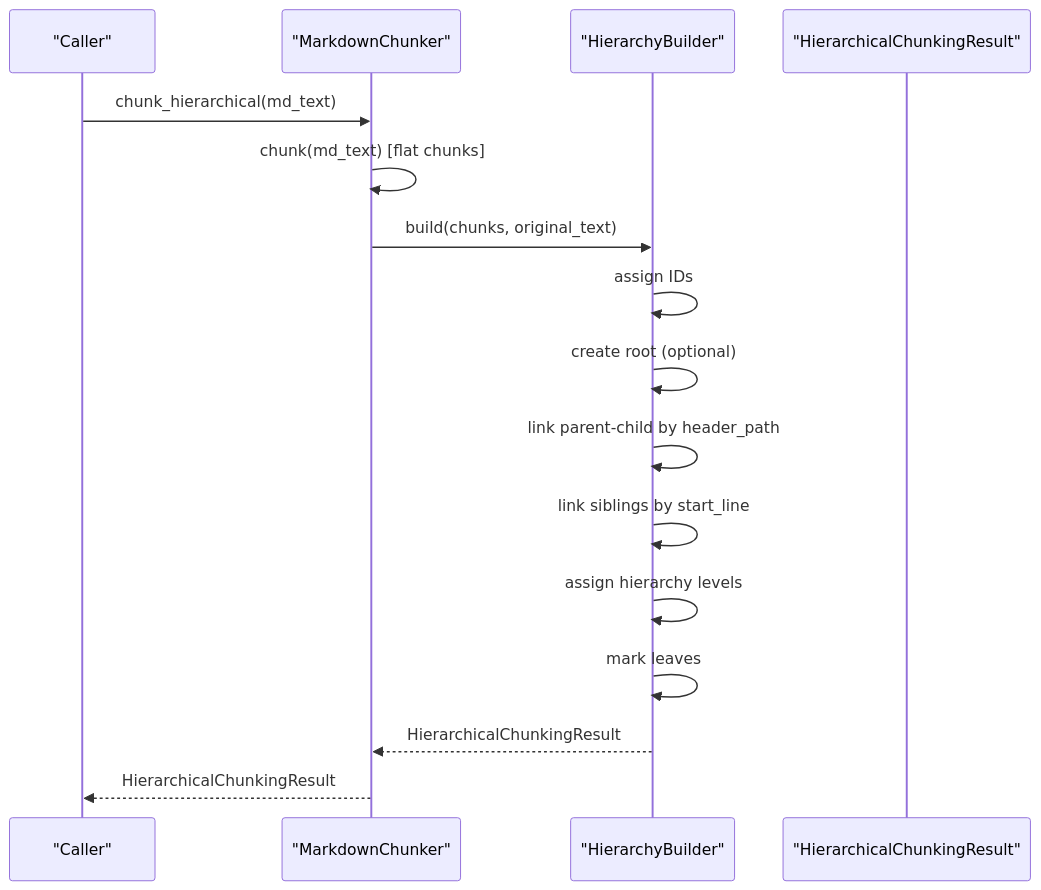
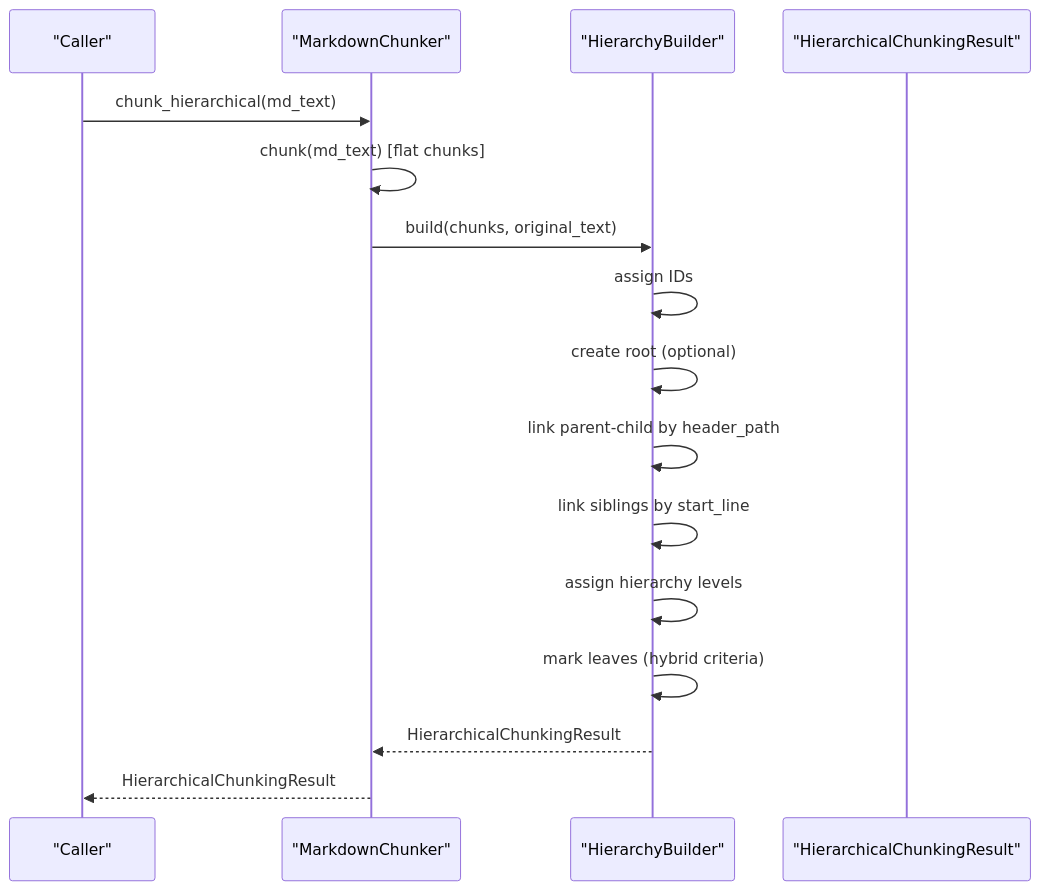
The second of 3 diagrams in .qoder/repowiki/en/content/Advanced Features/Hierarchical Chunking.md (asukhodko/dify-markdown-chunker), drawn with Mermaid before and after one commit. The commit also changed other lines of this file and 22 other files, not shown here.

````diff
--- a/.qoder/repowiki/en/content/Advanced Features/Hierarchical Chunking.md
+++ b/.qoder/repowiki/en/content/Advanced Features/Hierarchical Chunking.md
@@ -75,18 +84,18 @@
 ```mermaid
 sequenceDiagram
 participant Client as "Caller"
 participant Chunker as "MarkdownChunker"
 participant Builder as "HierarchyBuilder"
 participant Result as "HierarchicalChunkingResult"
 Client->>Chunker : chunk_hierarchical(md_text)
 Chunker->>Chunker : chunk(md_text) [flat chunks]
 Chunker->>Builder : build(chunks, original_text)
 Builder->>Builder : assign IDs
 Builder->>Builder : create root (optional)
 Builder->>Builder : link parent-child by header_path
 Builder->>Builder : link siblings by start_line
 Builder->>Builder : assign hierarchy levels
-Builder->>Builder : mark leaves
+Builder->>Builder : mark leaves (hybrid criteria)
 Builder-->>Chunker : HierarchicalChunkingResult
 Chunker-->>Client : HierarchicalChunkingResult
 ```
````
